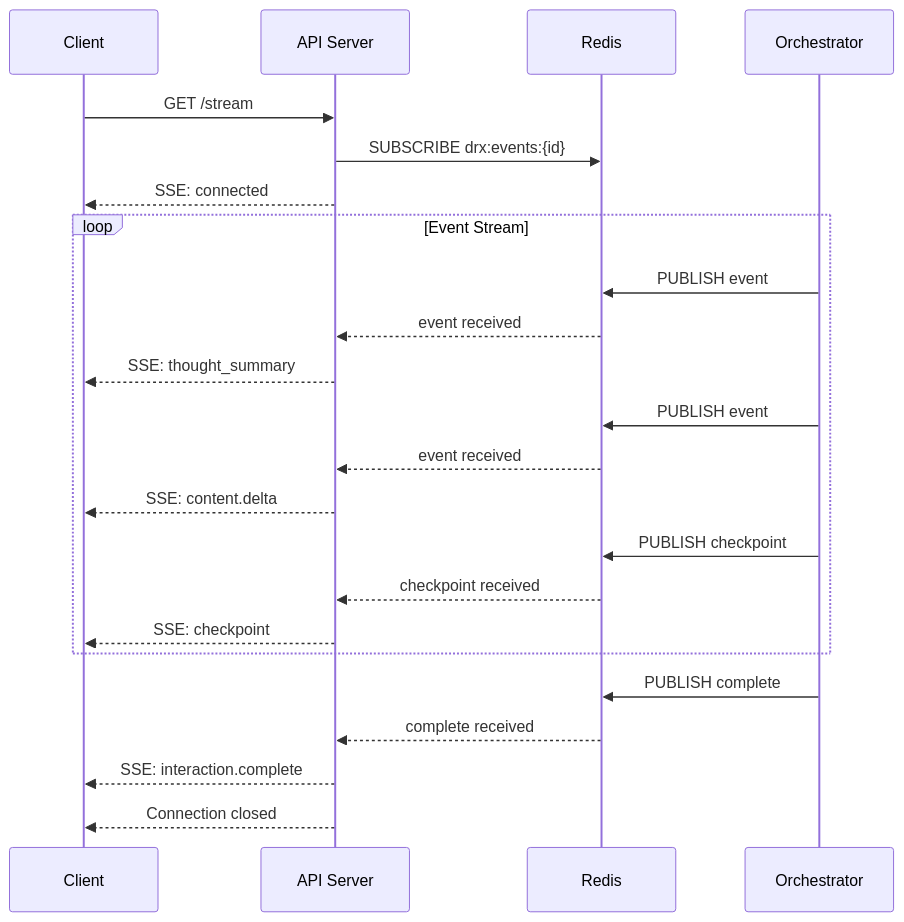
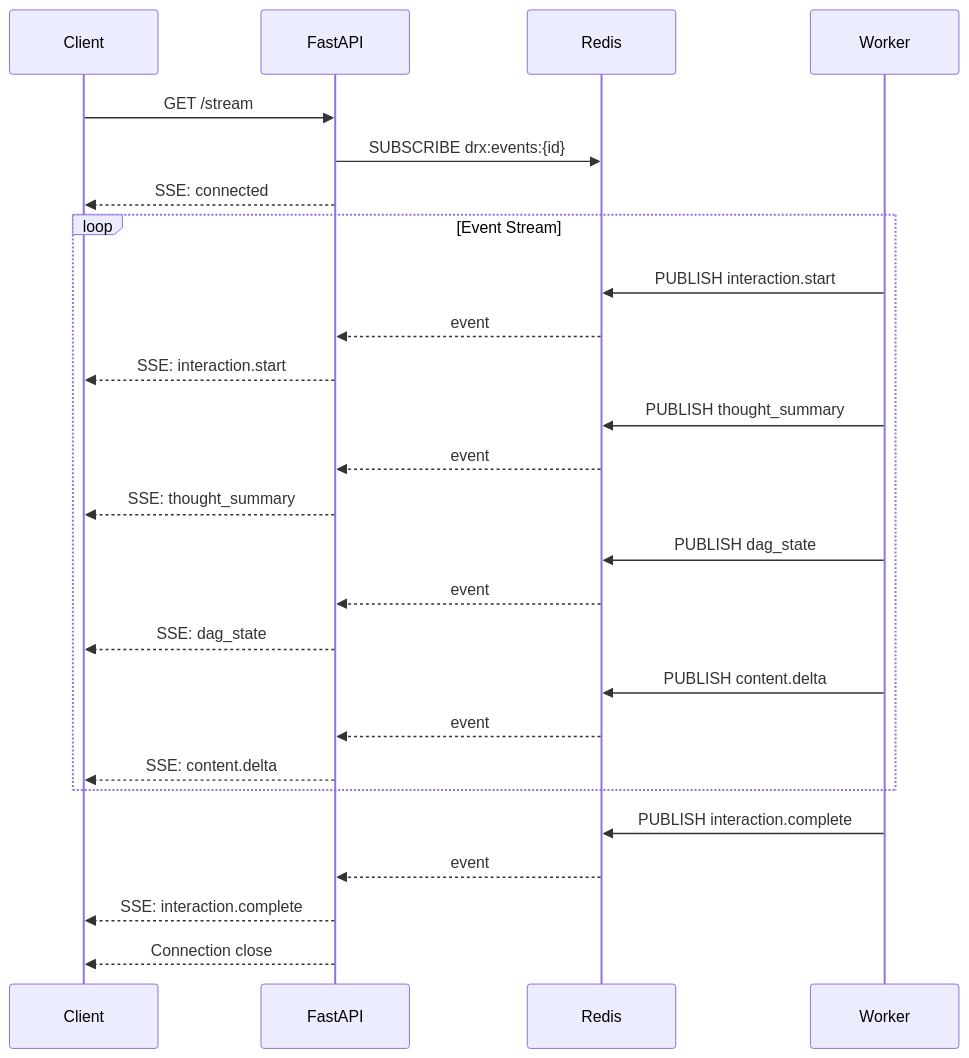
Diagram 18 of 29 in docs/ARCHITECTURE.md (satyamaix/DeepResearchX), drawn with Mermaid before and after one commit. The commit also changed other lines of this file and 2 other files, not shown here.

````diff
--- a/docs/ARCHITECTURE.md
+++ b/docs/ARCHITECTURE.md
@@ -432,28 +815,34 @@
 ```mermaid
 sequenceDiagram
     participant C as Client
-    participant API as API Server
+    participant API as FastAPI
     participant R as Redis
-    participant O as Orchestrator
+    participant W as Worker
 
     C->>API: GET /stream
     API->>R: SUBSCRIBE drx:events:{id}
     API-->>C: SSE: connected
 
     loop Event Stream
-        O->>R: PUBLISH event
-        R-->>API: event received
+        W->>R: PUBLISH interaction.start
+        R-->>API: event
+        API-->>C: SSE: interaction.start
+
+        W->>R: PUBLISH thought_summary
+        R-->>API: event
         API-->>C: SSE: thought_summary
-        O->>R: PUBLISH event
-        R-->>API: event received
+
+        W->>R: PUBLISH dag_state
+        R-->>API: event
+        API-->>C: SSE: dag_state
+
+        W->>R: PUBLISH content.delta
+        R-->>API: event
         API-->>C: SSE: content.delta
-        O->>R: PUBLISH checkpoint
-        R-->>API: checkpoint received
-        API-->>C: SSE: checkpoint
     end
 
-    O->>R: PUBLISH complete
-    R-->>API: complete received
+    W->>R: PUBLISH interaction.complete
+    R-->>API: event
     API-->>C: SSE: interaction.complete
-    API-->>C: Connection closed
+    API-->>C: Connection close
 ```
````
